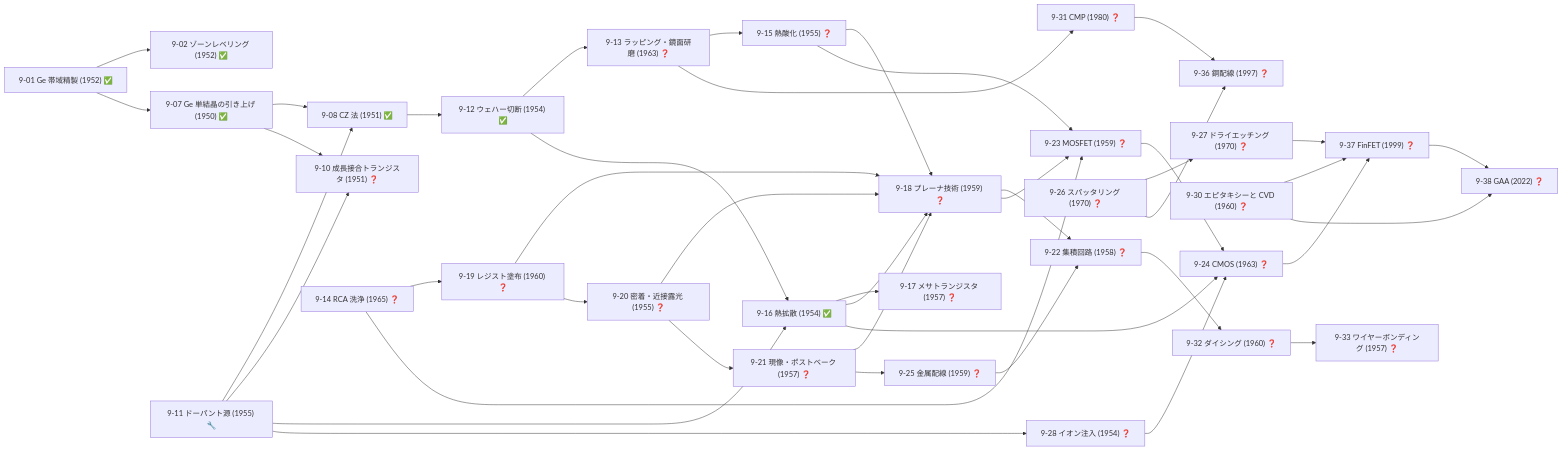
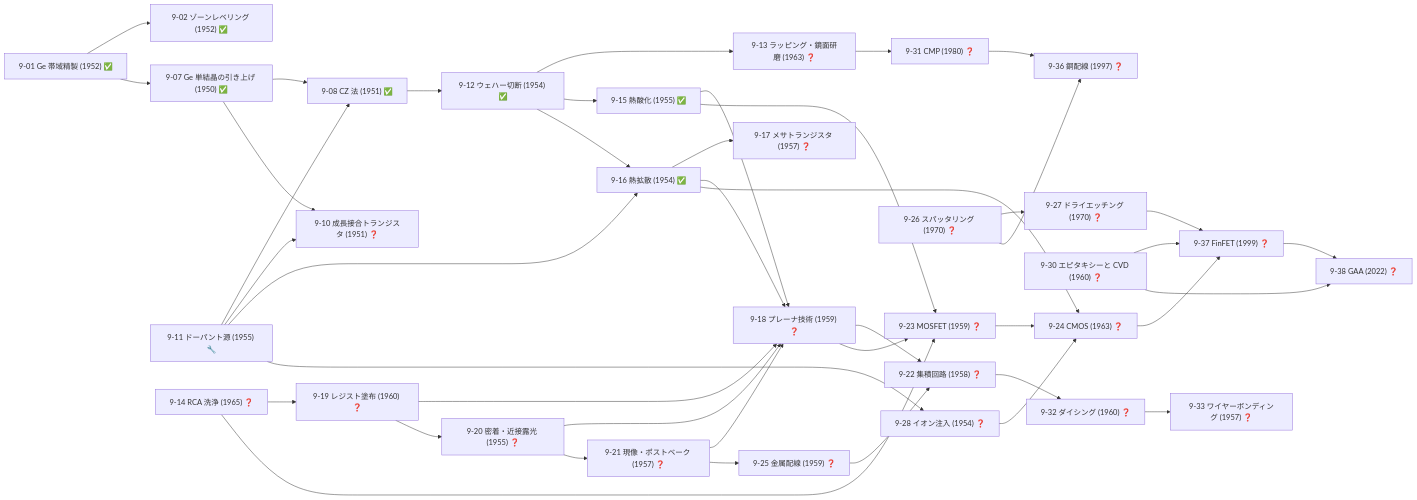
One commit to taku3i0317-collab/semiconductor-lab changed diagram 12 of 19 in docs/TECH_TREE_VIEW.md. Above: the diagram before and after it, drawn with Mermaid. The commit also changed other lines of this file and 6 other files, not shown here.

````diff
--- a/docs/TECH_TREE_VIEW.md
+++ b/docs/TECH_TREE_VIEW.md
@@ -594,74 +591,74 @@
 ```mermaid
 graph LR
   n9_01["9-01 Ge 帯域精製 (1952) ✅"]
   n9_02["9-02 ゾーンレベリング (1952) ✅"]
   n9_07["9-07 Ge 単結晶の引き上げ (1950) ✅"]
   n9_08["9-08 CZ 法 (1951) ✅"]
   n9_10["9-10 成長接合トランジスタ (1951) ❓"]
   n9_11["9-11 ドーパント源 (1955) 🔧"]
   n9_12["9-12 ウェハー切断 (1954) ✅"]
   n9_13["9-13 ラッピング・鏡面研磨 (1963) ❓"]
   n9_14["9-14 RCA 洗浄 (1965) ❓"]
-  n9_15["9-15 熱酸化 (1955) ❓"]
+  n9_15["9-15 熱酸化 (1955) ✅"]
   n9_16["9-16 熱拡散 (1954) ✅"]
   n9_17["9-17 メサトランジスタ (1957) ❓"]
   n9_18["9-18 プレーナ技術 (1959) ❓"]
   n9_19["9-19 レジスト塗布 (1960) ❓"]
   n9_20["9-20 密着・近接露光 (1955) ❓"]
   n9_21["9-21 現像・ポストベーク (1957) ❓"]
   n9_22["9-22 集積回路 (1958) ❓"]
   n9_23["9-23 MOSFET (1959) ❓"]
   n9_24["9-24 CMOS (1963) ❓"]
   n9_25["9-25 金属配線 (1959) ❓"]
   n9_26["9-26 スパッタリング (1970) ❓"]
   n9_27["9-27 ドライエッチング (1970) ❓"]
   n9_28["9-28 イオン注入 (1954) ❓"]
   n9_30["9-30 エピタキシーと CVD (1960) ❓"]
   n9_31["9-31 CMP (1980) ❓"]
   n9_32["9-32 ダイシング (1960) ❓"]
   n9_33["9-33 ワイヤーボンディング (1957) ❓"]
   n9_36["9-36 銅配線 (1997) ❓"]
   n9_37["9-37 FinFET (1999) ❓"]
   n9_38["9-38 GAA (2022) ❓"]
   n9_01-->n9_02
   n9_01-->n9_07
   n9_07-->n9_08
   n9_11-->n9_08
   n9_07-->n9_10
   n9_11-->n9_10
   n9_08-->n9_12
   n9_12-->n9_13
-  n9_13-->n9_15
+  n9_12-->n9_15
   n9_11-->n9_16
   n9_12-->n9_16
   n9_16-->n9_17
   n9_15-->n9_18
   n9_16-->n9_18
   n9_19-->n9_18
   n9_20-->n9_18
   n9_21-->n9_18
   n9_14-->n9_19
   n9_19-->n9_20
   n9_20-->n9_21
   n9_18-->n9_22
   n9_25-->n9_22
   n9_14-->n9_23
   n9_15-->n9_23
   n9_18-->n9_23
   n9_16-->n9_24
   n9_23-->n9_24
   n9_28-->n9_24
   n9_21-->n9_25
   n9_26-->n9_27
   n9_11-->n9_28
   n9_13-->n9_31
   n9_22-->n9_32
   n9_32-->n9_33
   n9_26-->n9_36
   n9_31-->n9_36
   n9_24-->n9_37
   n9_27-->n9_37
   n9_30-->n9_37
   n9_30-->n9_38
   n9_37-->n9_38
 ```
````
